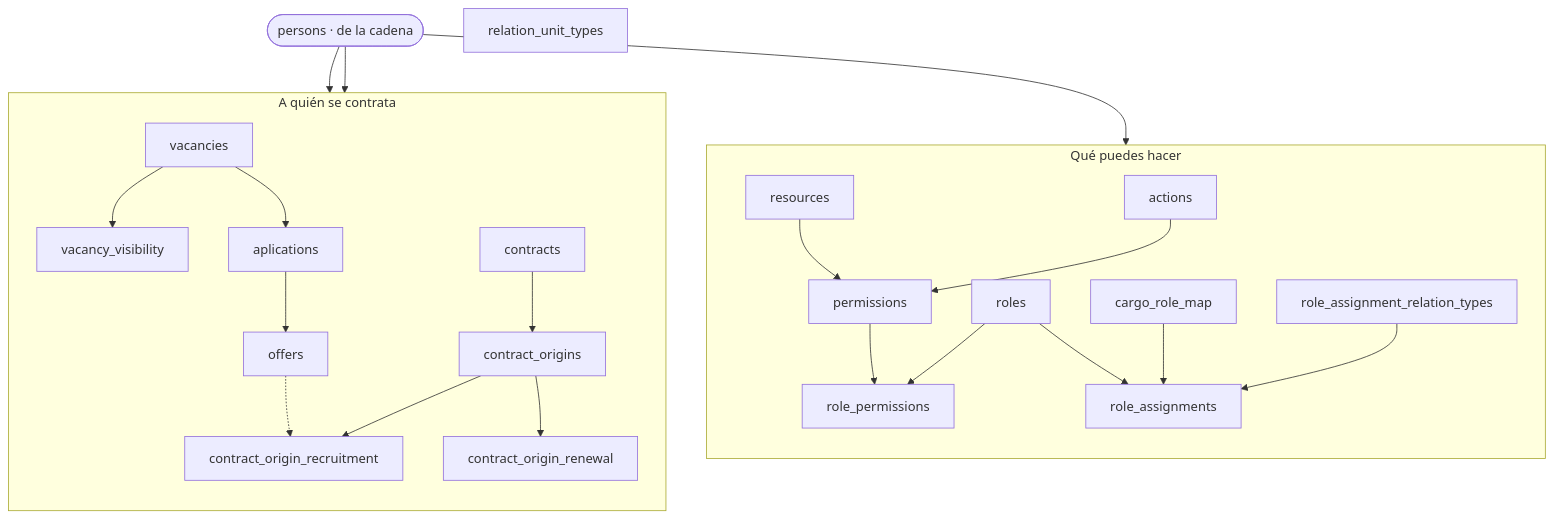
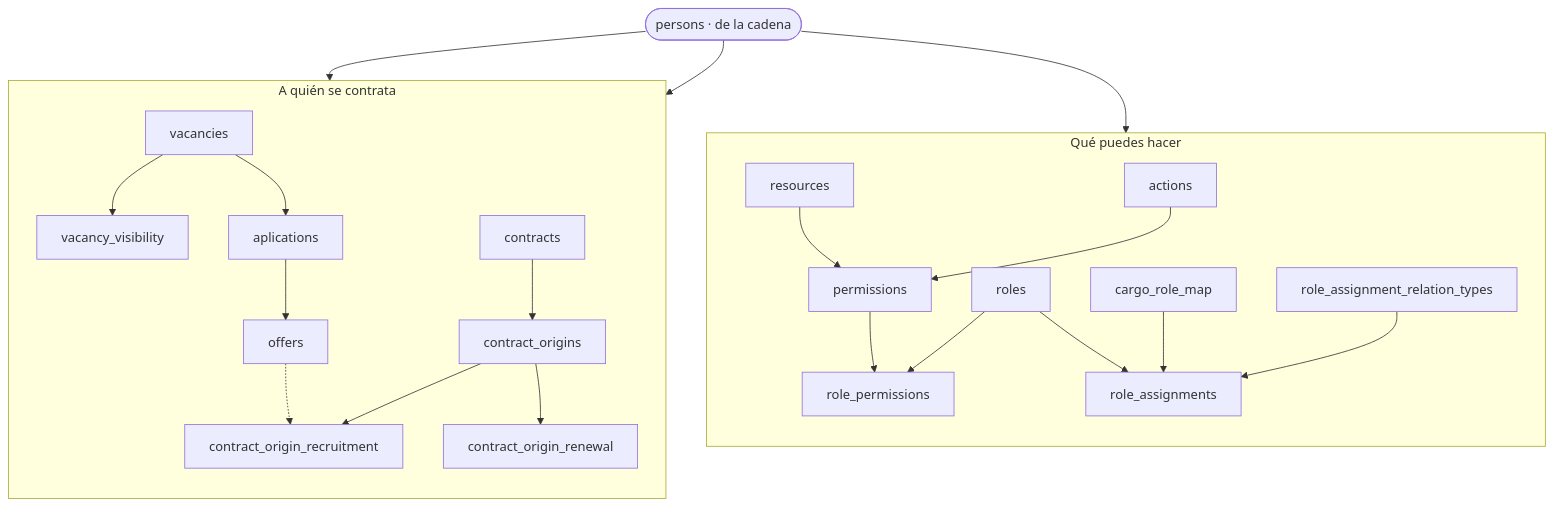
The third of 4 diagrams in docs/src/content/docs/complemento/mapa-completo.md (fresvel/deasy), drawn with Mermaid before and after one commit. The commit also changed other lines of this file and 1 other file, not shown here.

````diff
--- a/docs/src/content/docs/complemento/mapa-completo.md
+++ b/docs/src/content/docs/complemento/mapa-completo.md
@@ -105,28 +151,27 @@
 ```mermaid
 flowchart TB
   P(["persons · de la cadena"])
   subgraph PERM["Qué puedes hacer"]
     direction TB
     RES["resources"] --> PRM["permissions"]
     ACT["actions"] --> PRM
     PRM --> RP["role_permissions"]
     RO["roles"] --> RP
     RO --> RA["role_assignments"]
     CRM["cargo_role_map"] --> RA
     RART["role_assignment_relation_types"] --> RA
   end
   subgraph EMP["A quién se contrata"]
     direction TB
     VA["vacancies"] --> VV["vacancy_visibility"]
     VA --> AP["aplications"]
     AP --> OF["offers"]
     CT["contracts"] --> CO["contract_origins"]
     CO --> CRE["contract_origin_recruitment"]
     CO --> CRN["contract_origin_renewal"]
     OF -.-> CRE
   end
-  RUT["relation_unit_types"]
   P --> RA
   P --> AP
   P --> CT
 ```
````
